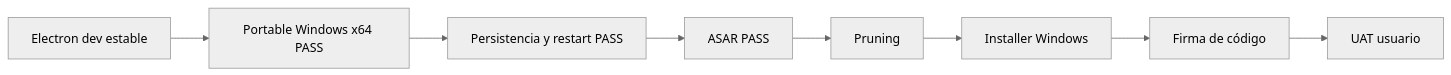
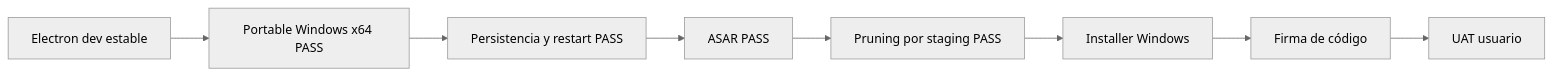
Before and after one commit to cmartinezs/personal-tax-ledger: the third of 3 diagrams in docs/desktop-electron.md, drawn with Mermaid (neutral theme). The commit also changed other lines of this file, not shown here.

````diff
--- a/docs/desktop-electron.md
+++ b/docs/desktop-electron.md
@@ -142,10 +150,10 @@
 ```mermaid
 flowchart LR
     A[Electron dev estable] --> B[Portable Windows x64 PASS]
     B --> C[Persistencia y restart PASS]
     C --> D[ASAR PASS]
-    D --> E[Pruning]
+    D --> E[Pruning por staging PASS]
     E --> F[Installer Windows]
     F --> G[Firma de código]
     G --> H[UAT usuario]
 ```
````
